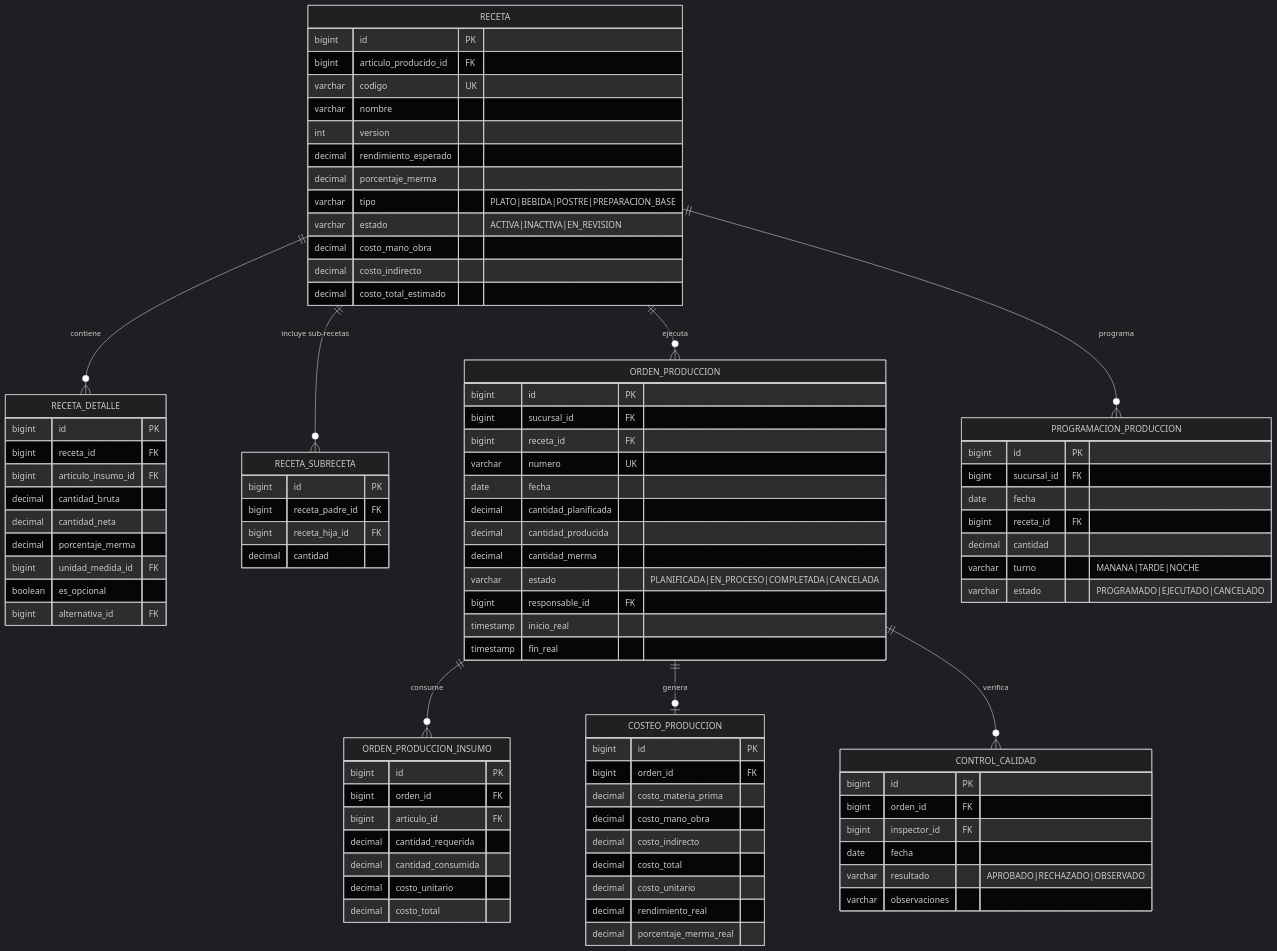
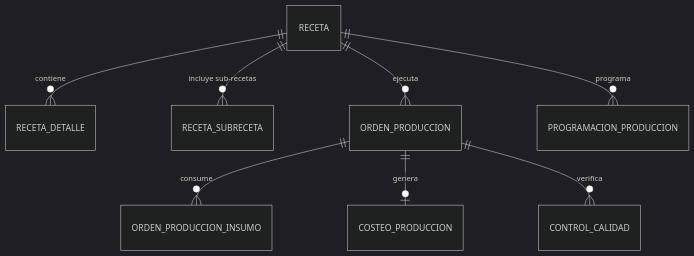
Diagram 28 of 52 in restaurante.pe/ARQUITECTURA_RESTAURANT_PE.md (jramirezch1978/sigre_web), drawn with Mermaid (dark theme) before and after one commit. The commit also changed other lines of this file and 1 other file, not shown here.

Commit message:
refactor: Extraer diseno detallado de BD a DISENO_BASE_DATOS.md - simplificar ER en arquitectura a solo entidades y relaciones

````diff
--- a/restaurante.pe/ARQUITECTURA_RESTAURANT_PE.md
+++ b/restaurante.pe/ARQUITECTURA_RESTAURANT_PE.md
@@ -5275,89 +3900,5 @@
 ```mermaid
 erDiagram
-    RECETA {
-        bigint id PK
-
-        bigint articulo_producido_id FK
-        varchar codigo UK
-        varchar nombre
-        int version
-        decimal rendimiento_esperado
-        decimal porcentaje_merma
-        varchar tipo "PLATO|BEBIDA|POSTRE|PREPARACION_BASE"
-        varchar estado "ACTIVA|INACTIVA|EN_REVISION"
-        decimal costo_mano_obra
-        decimal costo_indirecto
-        decimal costo_total_estimado
-    }
-    RECETA_DETALLE {
-        bigint id PK
-        bigint receta_id FK
-        bigint articulo_insumo_id FK
-        decimal cantidad_bruta
-        decimal cantidad_neta
-        decimal porcentaje_merma
-        bigint unidad_medida_id FK
-        boolean es_opcional
-        bigint alternativa_id FK
-    }
-    RECETA_SUBRECETA {
-        bigint id PK
-        bigint receta_padre_id FK
-        bigint receta_hija_id FK
-        decimal cantidad
-    }
-    ORDEN_PRODUCCION {
-        bigint id PK
-
-        bigint sucursal_id FK
-        bigint receta_id FK
-        varchar numero UK
-        date fecha
-        decimal cantidad_planificada
-        decimal cantidad_producida
-        decimal cantidad_merma
-        varchar estado "PLANIFICADA|EN_PROCESO|COMPLETADA|CANCELADA"
-        bigint responsable_id FK
-        timestamp inicio_real
-        timestamp fin_real
-    }
-    ORDEN_PRODUCCION_INSUMO {
-        bigint id PK
-        bigint orden_id FK
-        bigint articulo_id FK
-        decimal cantidad_requerida
-        decimal cantidad_consumida
-        decimal costo_unitario
-        decimal costo_total
-    }
-    COSTEO_PRODUCCION {
-        bigint id PK
-        bigint orden_id FK
-        decimal costo_materia_prima
-        decimal costo_mano_obra
-        decimal costo_indirecto
-        decimal costo_total
-        decimal costo_unitario
-        decimal rendimiento_real
-        decimal porcentaje_merma_real
-    }
-    CONTROL_CALIDAD {
-        bigint id PK
-        bigint orden_id FK
-        bigint inspector_id FK
-        date fecha
-        varchar resultado "APROBADO|RECHAZADO|OBSERVADO"
-        varchar observaciones
-    }
-    PROGRAMACION_PRODUCCION {
-        bigint id PK
-        bigint sucursal_id FK
-        date fecha
-        bigint receta_id FK
-        decimal cantidad
-        varchar turno "MANANA|TARDE|NOCHE"
-        varchar estado "PROGRAMADO|EJECUTADO|CANCELADO"
-    }
     RECETA ||--o{ RECETA_DETALLE : contiene
     RECETA ||--o{ RECETA_SUBRECETA : "incluye sub-recetas"
     RECETA ||--o{ ORDEN_PRODUCCION : ejecuta
````
